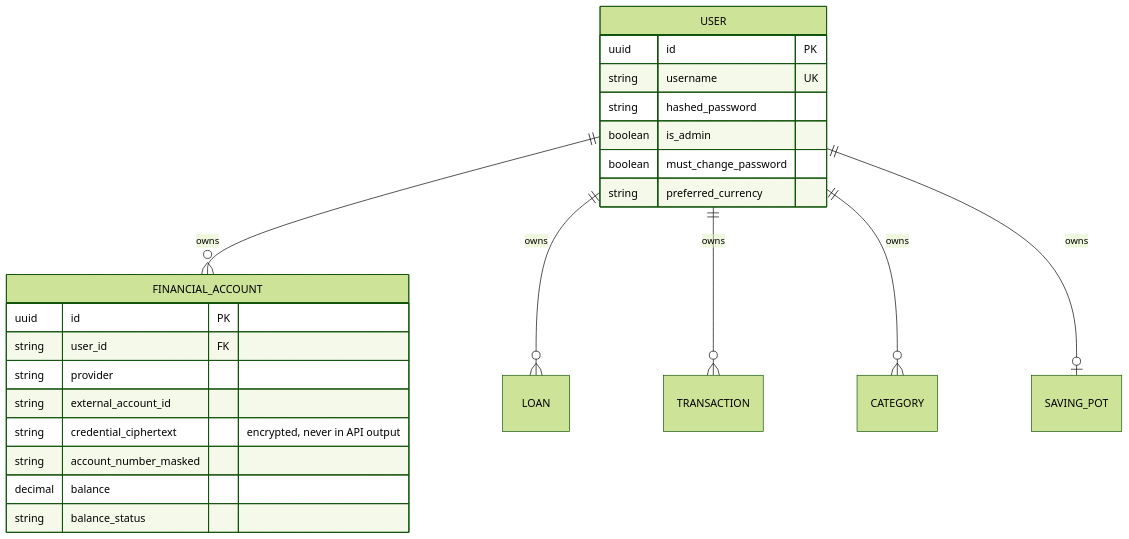
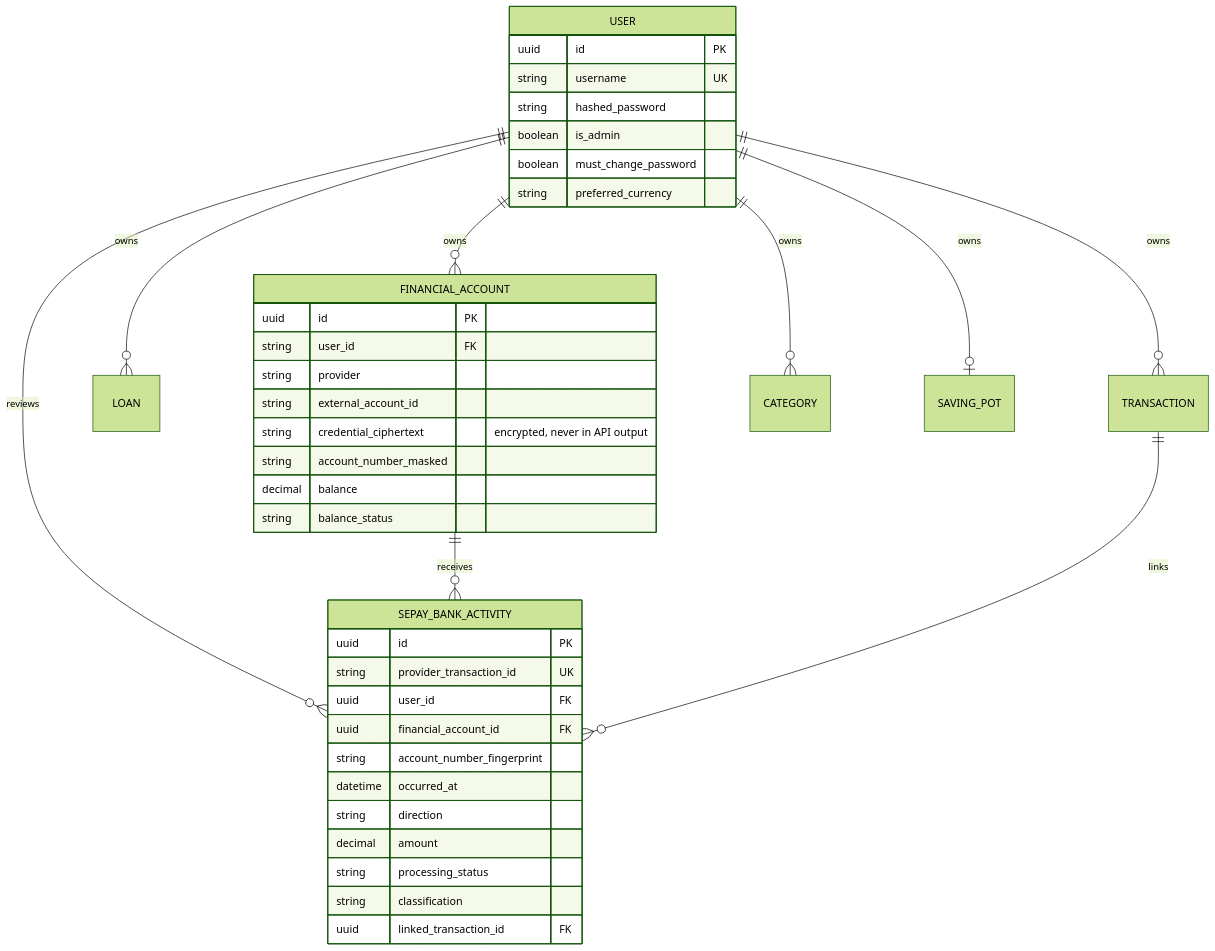
Before and after one commit to st-mich43l/apexvoid-ledger: the fourth of 10 diagrams in docs/ARCHITECTURE.md, drawn with Mermaid (forest theme). The commit also changed other lines of this file and 20 other files, not shown here.

Commit message:
feat: add SePay webhook cash flow integration

````diff
--- a/docs/ARCHITECTURE.md
+++ b/docs/ARCHITECTURE.md
@@ -137,26 +139,42 @@
 ```mermaid
 erDiagram
     USER ||--o{ FINANCIAL_ACCOUNT : owns
     USER ||--o{ LOAN : owns
     USER ||--o{ TRANSACTION : owns
     USER ||--o{ CATEGORY : owns
     USER ||--o| SAVING_POT : owns
+    USER ||--o{ SEPAY_BANK_ACTIVITY : reviews
+    FINANCIAL_ACCOUNT ||--o{ SEPAY_BANK_ACTIVITY : receives
+    TRANSACTION ||--o{ SEPAY_BANK_ACTIVITY : links
     FINANCIAL_ACCOUNT {
         uuid id PK
         string user_id FK
         string provider
         string external_account_id
         string credential_ciphertext "encrypted, never in API output"
         string account_number_masked
         decimal balance
         string balance_status
     }
+    SEPAY_BANK_ACTIVITY {
+        uuid id PK
+        string provider_transaction_id UK
+        uuid user_id FK
+        uuid financial_account_id FK
+        string account_number_fingerprint
+        datetime occurred_at
+        string direction
+        decimal amount
+        string processing_status
+        string classification
+        uuid linked_transaction_id FK
+    }
     USER {
         uuid id PK
         string username UK
         string hashed_password
         boolean is_admin
         boolean must_change_password
         string preferred_currency
     }
 ```
````
